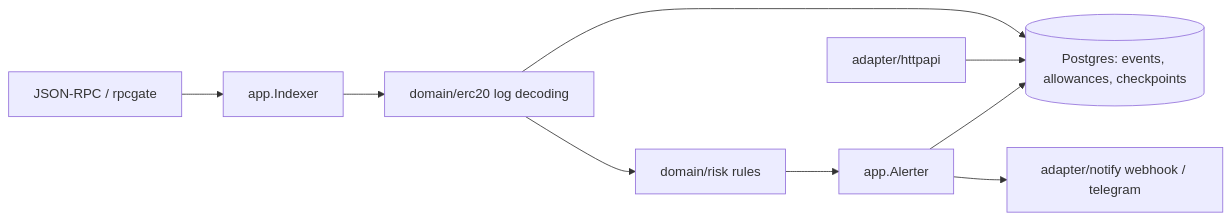
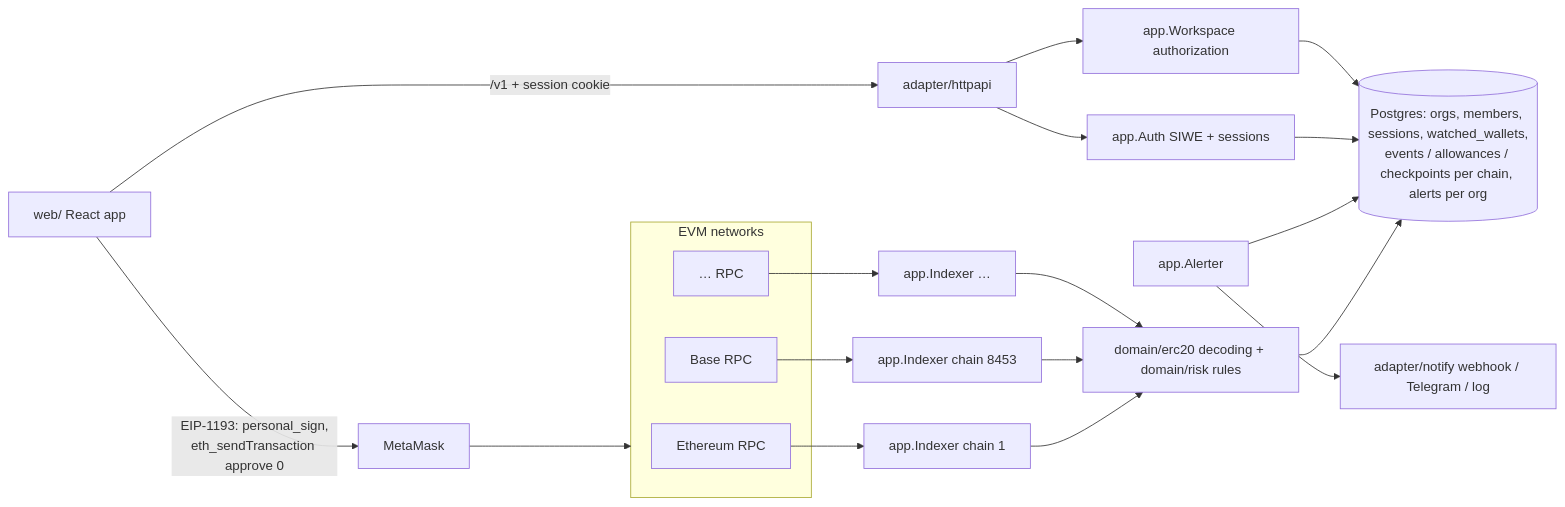
Before and after one commit to Amadeus-22/chainwatch: the diagram in docs/ARCHITECTURE.md, drawn with Mermaid. The commit also changed other lines of this file and 79 other files, not shown here.

First line of the commit message:
feat: organizations, Sign-In with Ethereum, multiple chains and the web app (#3)

````diff
--- a/docs/ARCHITECTURE.md
+++ b/docs/ARCHITECTURE.md
@@ -43,11 +59,21 @@
 ```mermaid
 flowchart LR
-  RPC[JSON-RPC / rpcgate] --> IX[app.Indexer]
-  IX --> DEC[domain/erc20 log decoding]
-  DEC --> ST[(Postgres: events, allowances, checkpoints)]
-  DEC --> RU[domain/risk rules]
-  RU --> AL[app.Alerter]
-  AL --> ST
-  AL --> N[adapter/notify webhook / telegram]
-  API[adapter/httpapi] --> ST
+  subgraph chains[EVM networks]
+    R1[Ethereum RPC]
+    R2[Base RPC]
+    R3[… RPC]
+  end
+  R1 --> IX1[app.Indexer chain 1]
+  R2 --> IX2[app.Indexer chain 8453]
+  R3 --> IXN[app.Indexer …]
+  IX1 & IX2 & IXN --> DEC[domain/erc20 decoding + domain/risk rules]
+  DEC --> ST[(Postgres: orgs, members, sessions, watched_wallets,<br/>events / allowances / checkpoints per chain, alerts per org)]
+  AL[app.Alerter] --> ST
+  AL --> N[adapter/notify webhook / Telegram / log]
+  WEB[web/ React app] -->|/v1 + session cookie| API[adapter/httpapi]
+  WEB -->|EIP-1193: personal_sign,<br/>eth_sendTransaction approve 0| MM[MetaMask]
+  MM --> chains
+  API --> AUTH[app.Auth SIWE + sessions]
+  API --> WS[app.Workspace authorization]
+  AUTH & WS --> ST
 ```
````
